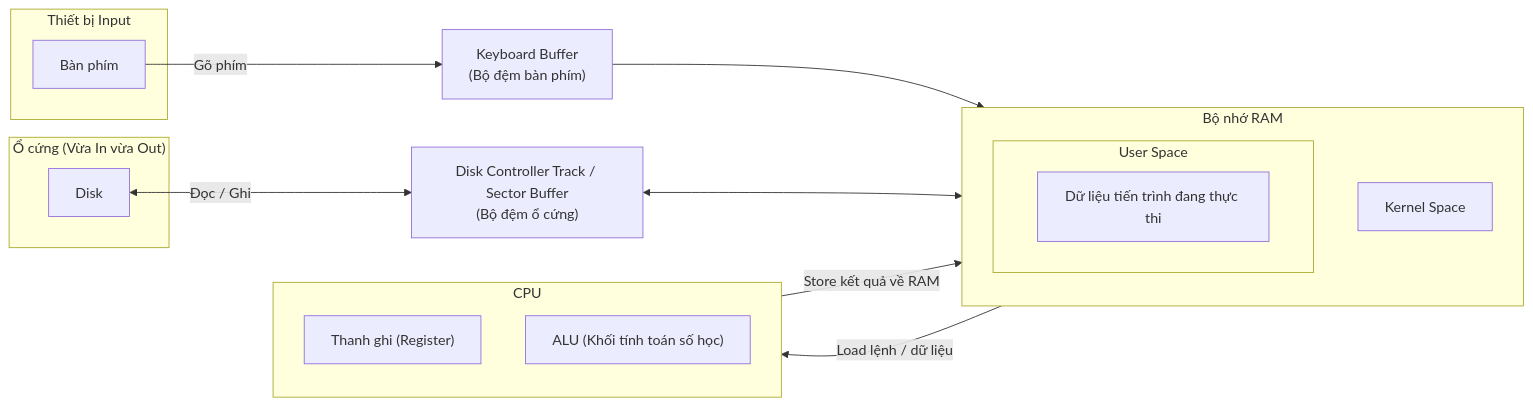
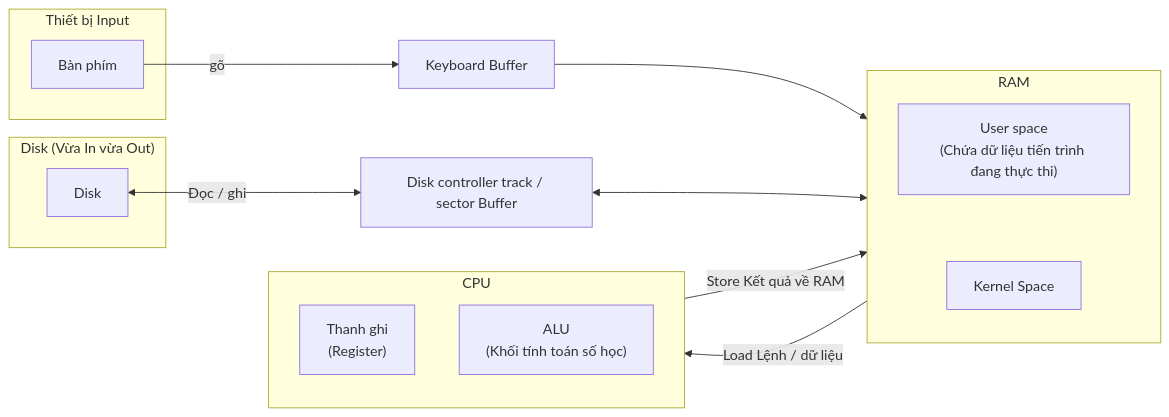
Before and after one commit to Duc-Lee/LLMserving_GPUoptimization: the fifth of 10 diagrams in OperatingSystem/OS_scratch/Concepts_OS/Intro_OS/Lession4.md, drawn with Mermaid. The commit also changed other lines of this file, not shown here.

````diff
--- a/OperatingSystem/OS_scratch/Concepts_OS/Intro_OS/Lession4.md
+++ b/OperatingSystem/OS_scratch/Concepts_OS/Intro_OS/Lession4.md
@@ -112,37 +92,36 @@
 ```mermaid
 flowchart LR
     subgraph INPUT_DEV ["Thiết bị Input"]
         KB["Bàn phím"]
     end
 
-    KB_BUF["Keyboard Buffer<br/>(Bộ đệm bàn phím)"]
+    KB_BUF["Keyboard Buffer"]
 
-    subgraph STORAGE_DEV ["Ổ cứng (Vừa In vừa Out)"]
+    subgraph DISK_DEV ["Disk (Vừa In vừa Out)"]
         DISK["Disk"]
     end
 
-    DISK_BUF["Disk Controller Track / Sector Buffer<br/>(Bộ đệm ổ cứng)"]
+    DISK_BUF["Disk controller track / sector Buffer"]
 
-    subgraph RAM ["Bộ nhớ RAM"]
+    subgraph RAM ["RAM"]
         direction TB
-        subgraph US ["User Space"]
-            DATA["Dữ liệu tiến trình đang thực thi"]
-        end
+        US["User space<br/>(Chứa dữ liệu tiến trình đang thực thi)"]
         KS["Kernel Space"]
+        US ~~~ KS
     end
 
     subgraph CPU ["CPU"]
         direction TB
-        REG["Thanh ghi (Register)"]
-        ALU["ALU (Khối tính toán số học)"]
+        REG["Thanh ghi<br/>(Register)"]
+        ALU["ALU<br/>(Khối tính toán số học)"]
     end
 
-    KB -- "Gõ phím" --> KB_BUF
+    KB -- "gõ" --> KB_BUF
     KB_BUF --> US
 
-    DISK <--> |"Đọc / Ghi"| DISK_BUF
+    DISK <--> |"Đọc / ghi"| DISK_BUF
     DISK_BUF <--> US
 
-    US --> |"Load lệnh / dữ liệu"| REG
-    ALU --> |"Store kết quả về RAM"| US
+    US -- "Load Lệnh / dữ liệu" --> REG
+    ALU -- "Store Kết quả về RAM" --> US
 ```
````
